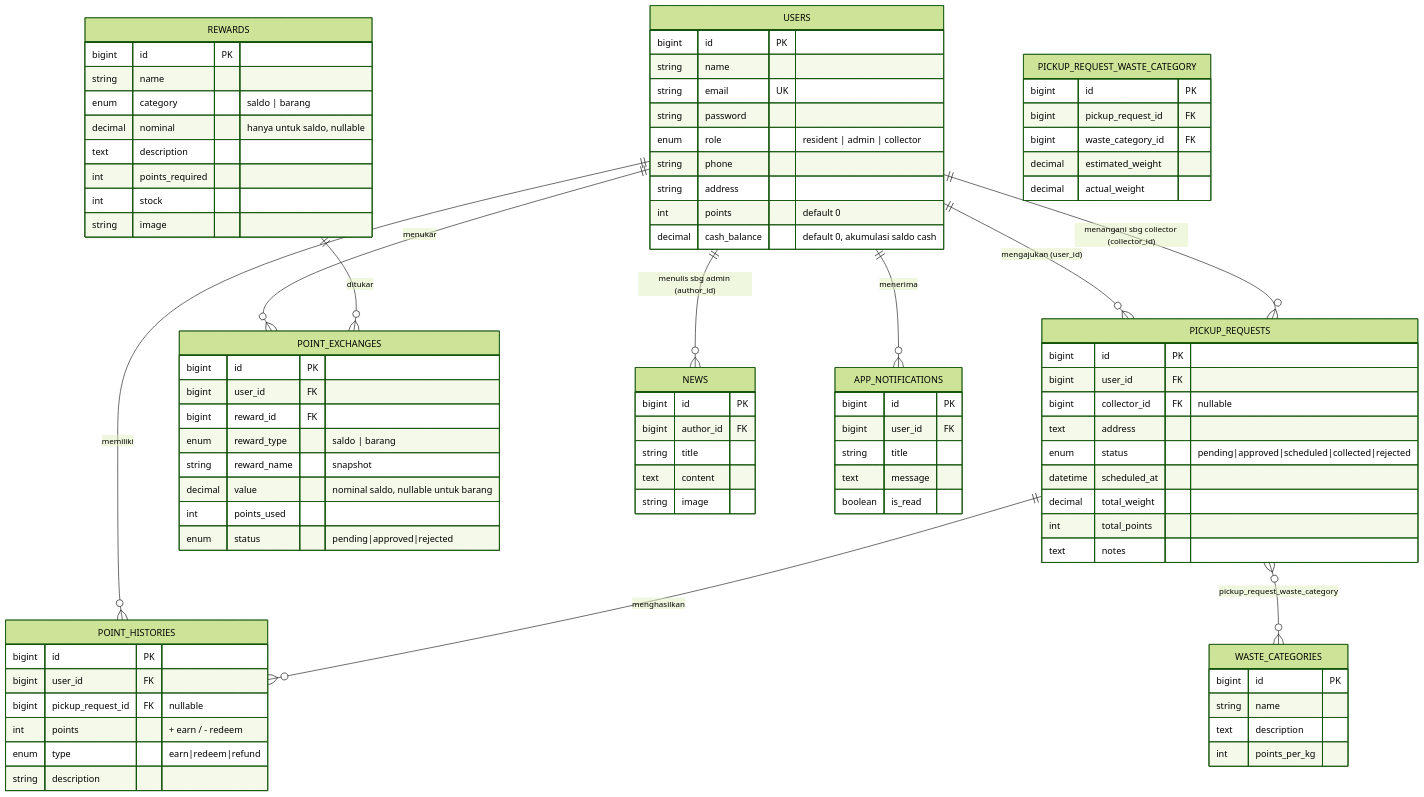
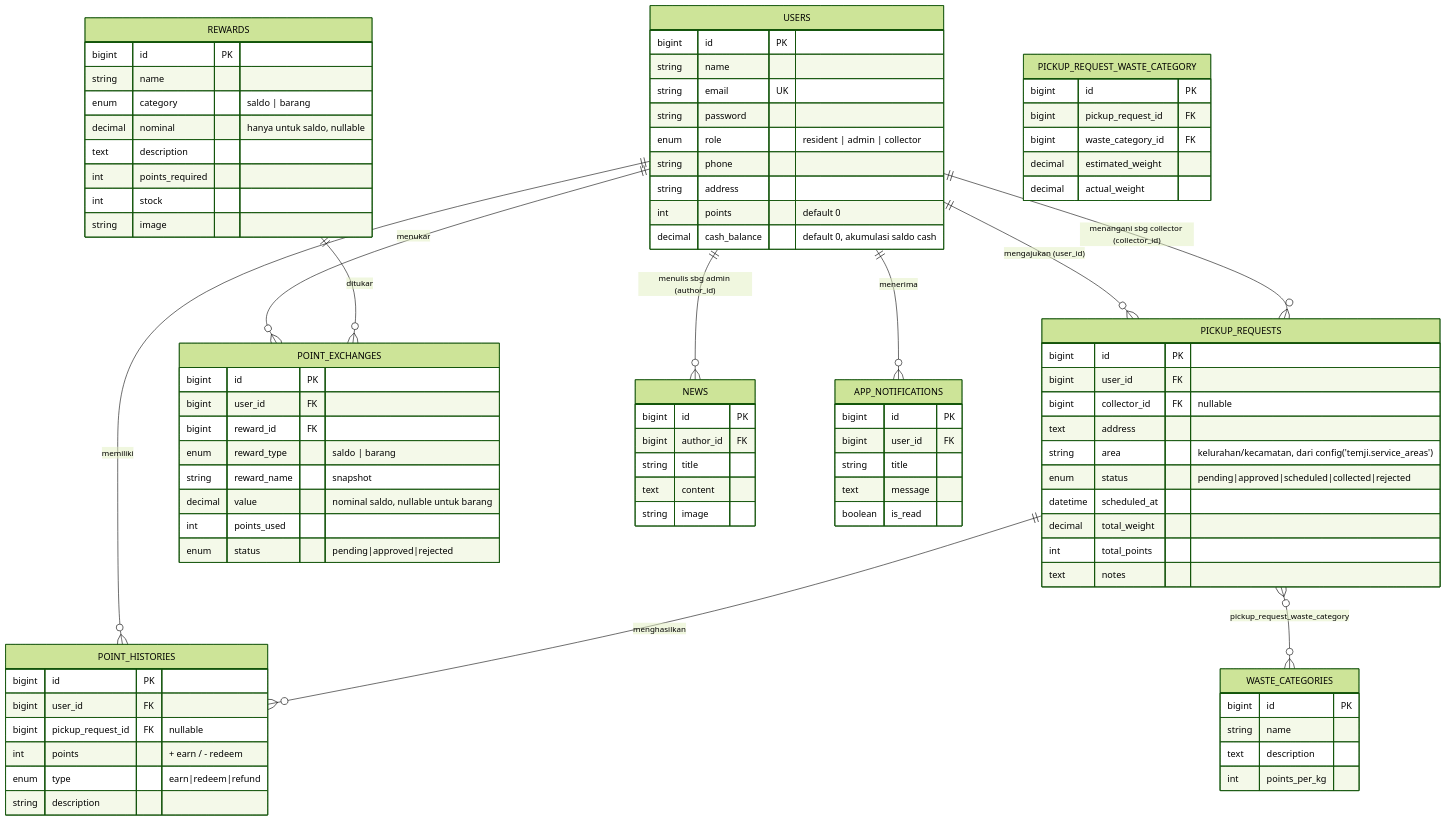
The diagram in docs/uml/ERD.md (Evin1502/REPO_AISYA-DEVINA_Rekrutmen_EISD), drawn with Mermaid (forest theme) before and after one commit. The commit also changed other lines of this file and 61 other files, not shown here.

```diff
--- a/docs/uml/ERD.md
+++ b/docs/uml/ERD.md
@@ -44,6 +44,7 @@
         bigint user_id FK
         bigint collector_id FK "nullable"
         text address
+        string area "kelurahan/kecamatan, dari config('temji.service_areas')"
         enum status "pending|approved|scheduled|collected|rejected"
         datetime scheduled_at
         decimal total_weight
```
